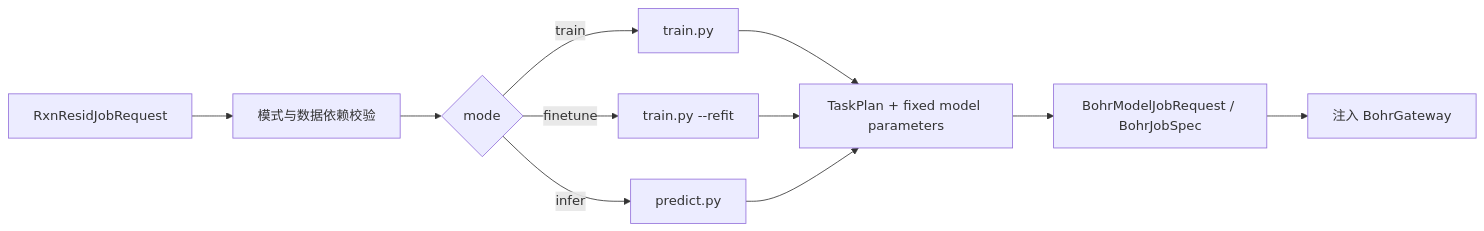
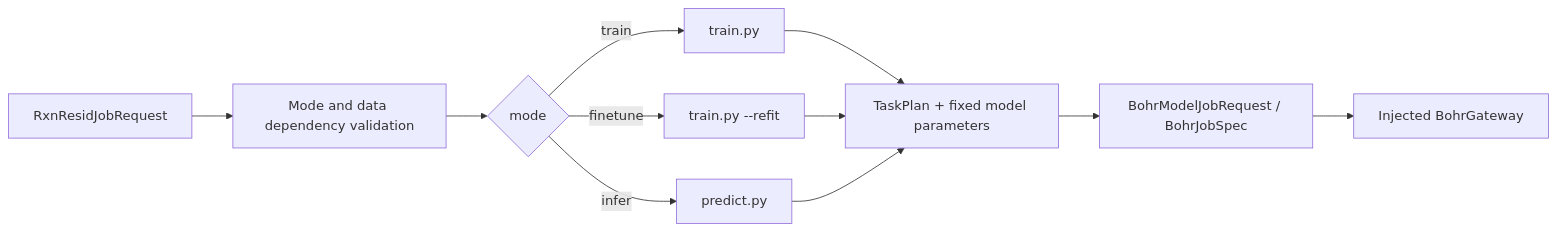
Before and after one commit to gentle1999/TriCycle: the diagram in packages/tricycle-sar/README.md, drawn with Mermaid. The commit also changed other lines of this file and 158 other files, not shown here.

````diff
--- a/packages/tricycle-sar/README.md
+++ b/packages/tricycle-sar/README.md
@@ -259,13 +228,13 @@
 ```mermaid
 flowchart LR
-    Q["RxnResidJobRequest"] --> V["模式与数据依赖校验"]
+    Q["RxnResidJobRequest"] --> V["Mode and data dependency validation"]
     V --> C{"mode"}
     C -->|train| T["train.py"]
     C -->|finetune| F["train.py --refit"]
     C -->|infer| I["predict.py"]
     T --> P["TaskPlan + fixed model parameters"]
     F --> P
     I --> P
     P --> B["BohrModelJobRequest / BohrJobSpec"]
-    B --> G["注入 BohrGateway"]
+    B --> G["Injected BohrGateway"]
 ```
````
